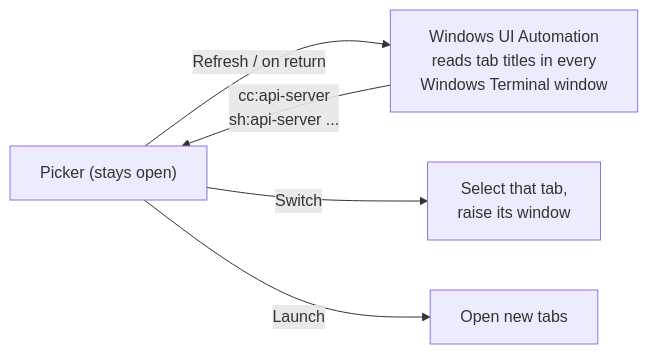
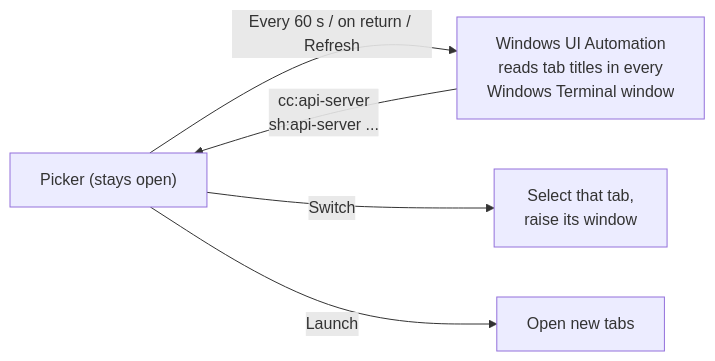
The sixth of 8 diagrams in README.md (dstaulcu/workspace-orchestrator), drawn with Mermaid before and after one commit. The commit also changed other lines of this file and 8 other files, not shown here.

````diff
--- a/README.md
+++ b/README.md
@@ -135,7 +146,7 @@
 ```mermaid
 flowchart LR
-    P["Picker (stays open)"] -- "Refresh / on return" --> UIA["Windows UI Automation<br/>reads tab titles in every<br/>Windows Terminal window"]
+    P["Picker (stays open)"] -- "Every 60 s / on return / Refresh" --> UIA["Windows UI Automation<br/>reads tab titles in every<br/>Windows Terminal window"]
     UIA -- "cc:api-server<br/>sh:api-server ..." --> P
     P -- "Switch" --> F["Select that tab,<br/>raise its window"]
     P -- "Launch" --> N["Open new tabs"]
 ```
````
